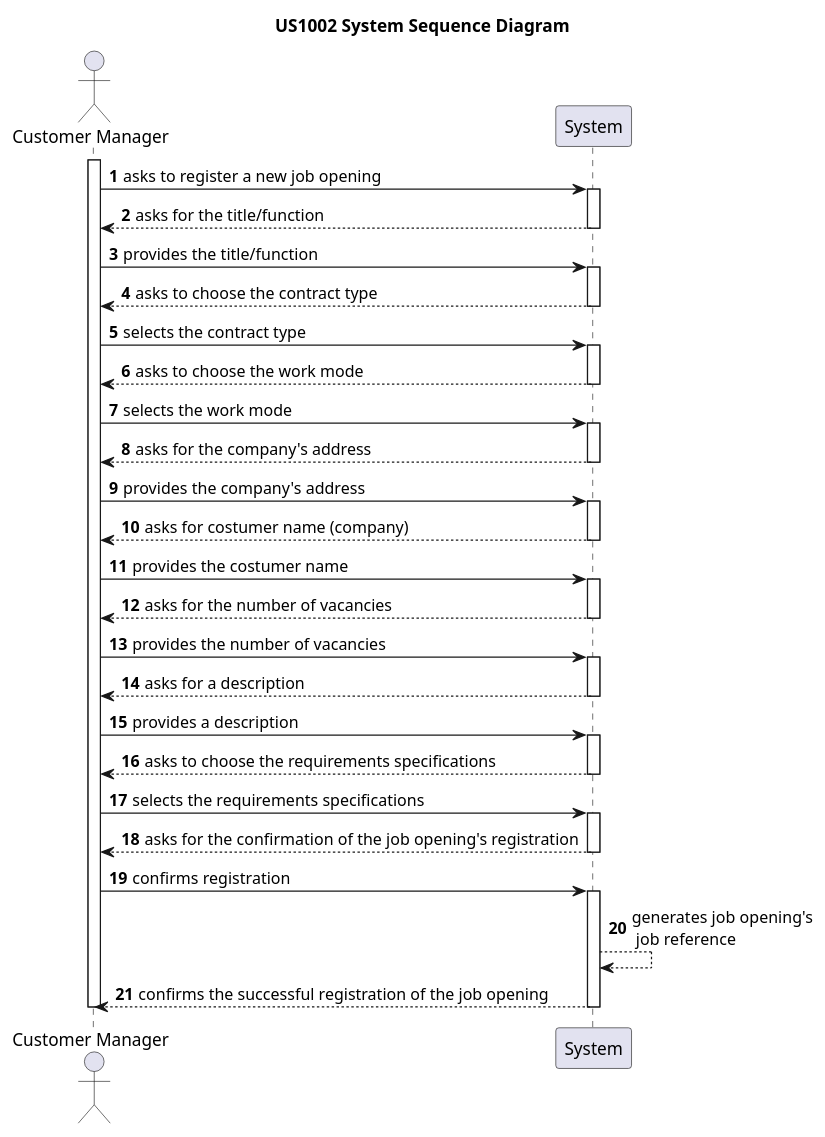
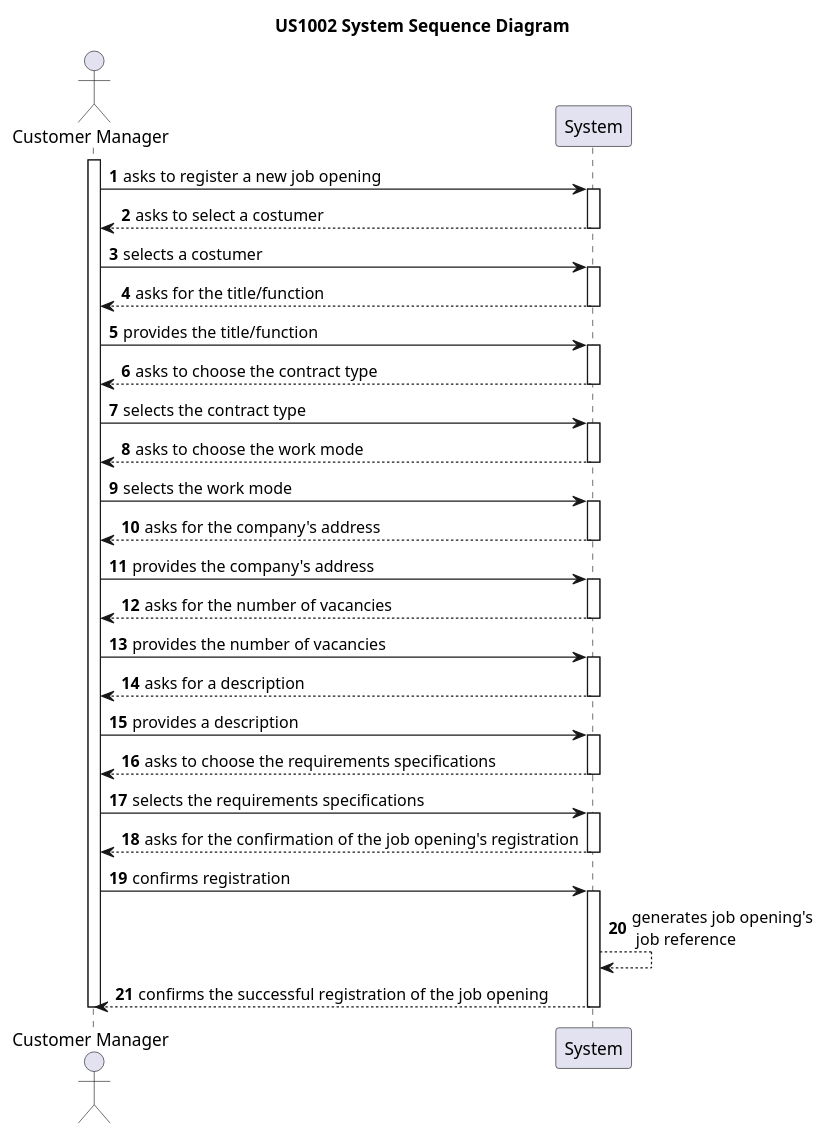
The diagram in docs/sb_us_1002/US1002_SSD/us_1002_SSD.puml (rita-barbosa/LAPR4-2324), drawn with PlantUML before and after one commit. The commit also changed 2 other files, not shown here.

```diff
--- a/docs/sb_us_1002/US1002_SSD/us_1002_SSD.puml
+++ b/docs/sb_us_1002/US1002_SSD/us_1002_SSD.puml
@@ -1,87 +1,87 @@
 @startuml US1002_SSD
 
 title US1002 System Sequence Diagram
 
 autonumber
 
 actor "Customer Manager" as CM
 participant "System" as SYS
 
 activate CM
 
 CM -> SYS : asks to register a new job opening
+
+activate SYS
+
+SYS --> CM : asks to select a costumer
+deactivate SYS
+
+CM -> SYS : selects a costumer
 
 activate SYS
 
 SYS --> CM : asks for the title/function
 deactivate SYS
 
 CM -> SYS : provides the title/function
 
 activate SYS
 
 SYS --> CM : asks to choose the contract type
 deactivate SYS
 
 CM -> SYS : selects the contract type
 
 activate SYS
 
 SYS --> CM : asks to choose the work mode
 deactivate SYS
 
 CM -> SYS : selects the work mode
 
 activate SYS
 
 SYS --> CM : asks for the company's address
 deactivate SYS
 
 CM -> SYS : provides the company's address
-
-activate SYS
-
-SYS --> CM : asks for costumer name (company)
-deactivate SYS
-
-CM -> SYS : provides the costumer name
 
 activate SYS
 
 SYS --> CM : asks for the number of vacancies
 deactivate SYS
 
 CM -> SYS : provides the number of vacancies
 
 activate SYS
 
 SYS --> CM : asks for a description
 deactivate SYS
 
 CM -> SYS : provides a description
 
 activate SYS
 
 SYS --> CM : asks to choose the requirements specifications
 deactivate SYS
 
 CM -> SYS : selects the requirements specifications
 
 activate SYS
 
 SYS --> CM : asks for the confirmation of the job opening's registration
 deactivate SYS
 
 CM -> SYS : confirms registration
 
 activate SYS
 
 SYS --> SYS : generates job opening's\n job reference
 
 SYS --> CM : confirms the successful registration of the job opening
 deactivate SYS
 
 
 deactivate CM
 
 @enduml
```
